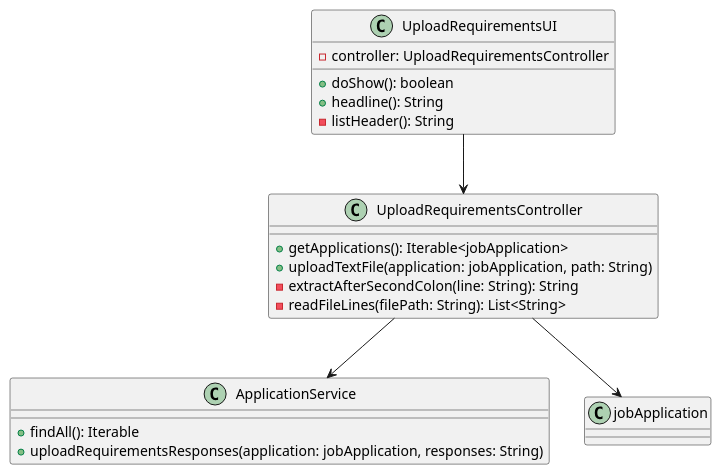
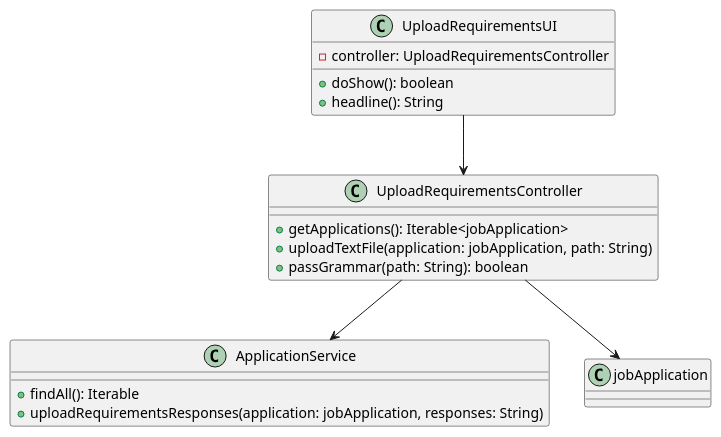
Before and after one commit to Mendoncaa/LAPR4: the diagram in docs/sprintC/US2004/03.design/puml/CD.puml, drawn with PlantUML. The commit also changed 42 other files, not shown here.

```diff
--- a/docs/sprintC/US2004/03.design/puml/CD.puml
+++ b/docs/sprintC/US2004/03.design/puml/CD.puml
@@ -1,37 +1,28 @@
 @startuml
 
+class UploadRequirementsController {
+    + getApplications(): Iterable<jobApplication>
+    + uploadTextFile(application: jobApplication, path: String)
+    + passGrammar(path: String): boolean
 
-    class UploadRequirementsController {
-        + getApplications(): Iterable<jobApplication>
-        + uploadTextFile(application: jobApplication, path: String)
-        - extractAfterSecondColon(line: String): String
-        - readFileLines(filePath: String): List<String>
-    }
+}
 
+class UploadRequirementsUI {
+    - controller: UploadRequirementsController
+    + doShow(): boolean
+    + headline(): String
 
+}
 
-    class UploadRequirementsUI {
-        - controller: UploadRequirementsController
-        + doShow(): boolean
-        + headline(): String
-        - listHeader(): String
-    }
+class ApplicationService {
+    + findAll(): Iterable
+    + uploadRequirementsResponses(application: jobApplication, responses: String)
+}
 
-
-
-    class ApplicationService {
-        + findAll(): Iterable
-        + uploadRequirementsResponses(application: jobApplication, responses: String)
-    }
-
-
-
-    class jobApplication
-
+class jobApplication
 
 UploadRequirementsUI --> UploadRequirementsController
 UploadRequirementsController --> ApplicationService
 UploadRequirementsController --> jobApplication
 
-
 @enduml
```
